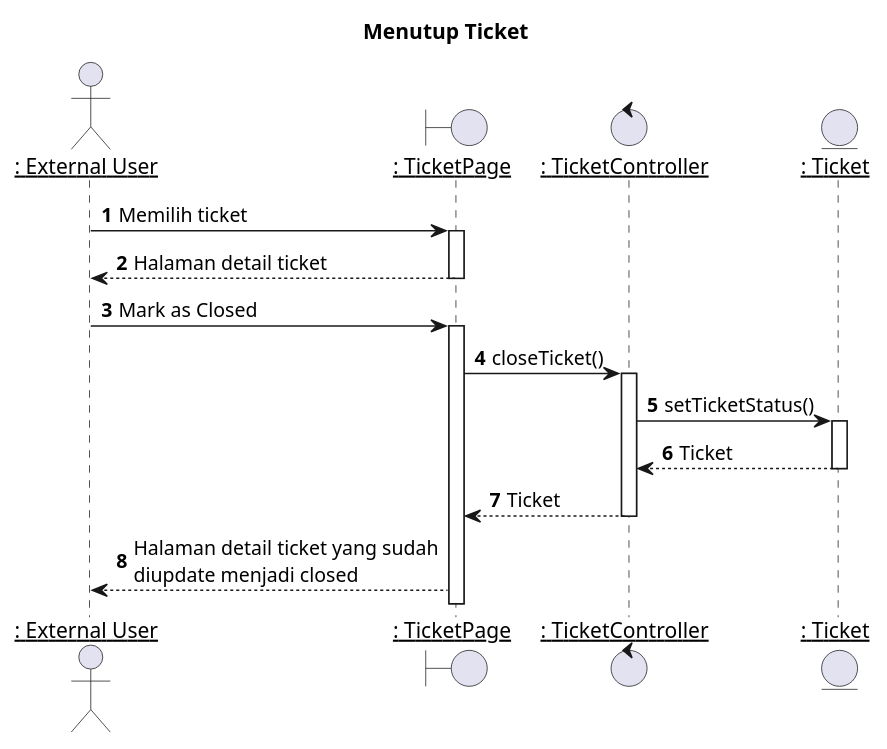
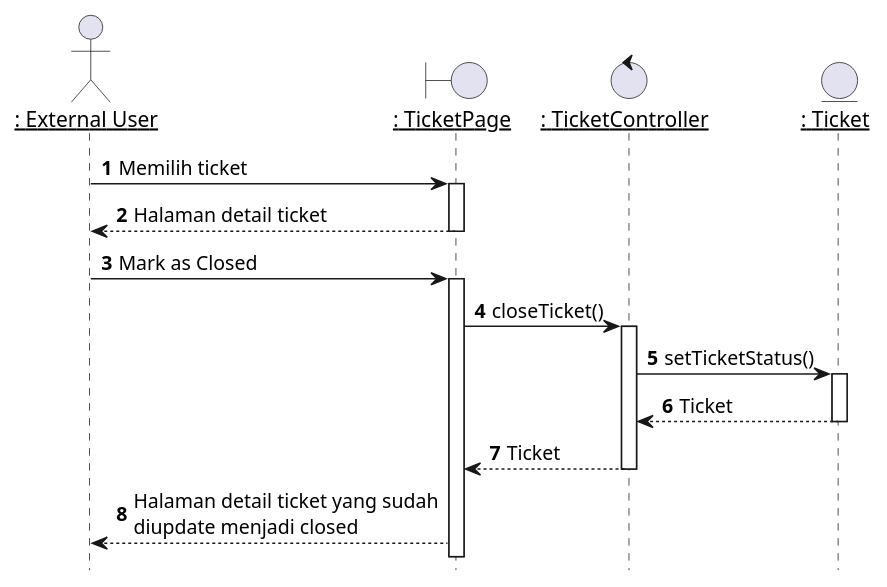
Before and after one commit to TAS-PKL/Laporan-PKL-Ticketing: the diagram in plantuml/sequence/ex/ex5.puml, drawn with PlantUML. The commit also changed 47 other files, not shown here.

```diff
--- a/plantuml/sequence/ex/ex5.puml
+++ b/plantuml/sequence/ex/ex5.puml
@@ -1,37 +1,39 @@
 @startuml Menutup Ticket
 
-title "Menutup Ticket"
+hide footbox
+
+' title "Menutup Ticket"
 
 actor EU as "__: External User__"
 boundary TicketPage as "__: TicketPage__"
 control TicketController as "__: TicketController__"
 entity Ticket as "__: Ticket__"
 
 autonumber 1
 'list
 EU -> TicketPage: Memilih ticket
 activate TicketPage
 
 TicketPage --> EU: Halaman detail ticket
 deactivate TicketPage
 
 'Menutup ticket
 EU -> TicketPage: Mark as Closed
 activate TicketPage
 
 TicketPage -> TicketController: closeTicket()
 activate TicketController
 
 TicketController -> Ticket: setTicketStatus()
 activate Ticket
 
 Ticket --> TicketController : Ticket
 deactivate Ticket
 
 TicketController --> TicketPage : Ticket
 deactivate TicketController
 
 TicketPage --> EU : Halaman detail ticket yang sudah\ndiupdate menjadi closed
 
 
 @enduml
```
